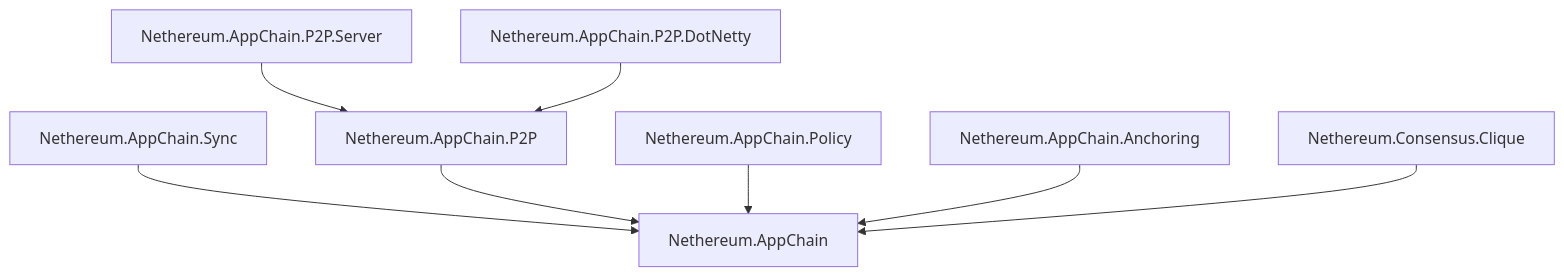
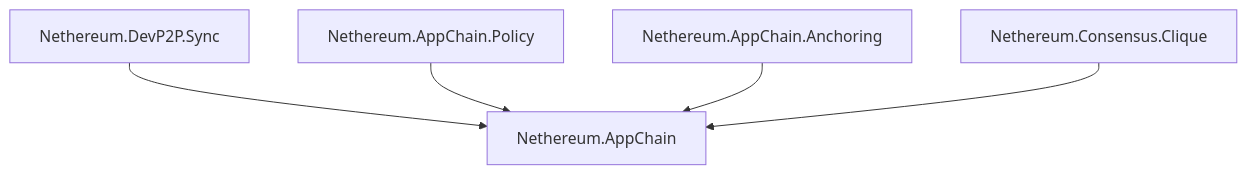
One commit to Nethereum/Nethereum.Documentation changed the tenth of 21 diagrams in docs/architecture.md. Above: the diagram before and after it, drawn with Mermaid. The commit also changed other lines of this file and 17 other files, not shown here.

First line of the commit message:
Docs 7.0: purge deleted AppChain packages, relocate new package pages

````diff
--- a/docs/architecture.md
+++ b/docs/architecture.md
@@ -214,11 +214,8 @@
 ```mermaid
 graph TD
-    Sync["Nethereum.AppChain.Sync"] --> AppChain["Nethereum.AppChain"]
-    P2PServer["Nethereum.AppChain.P2P.Server"] --> P2P["Nethereum.AppChain.P2P"]
-    P2PDotNetty["Nethereum.AppChain.P2P.DotNetty"] --> P2P
-    P2P --> AppChain
+    DevP2PSync["Nethereum.DevP2P.Sync"] --> AppChain["Nethereum.AppChain"]
 
     Policy["Nethereum.AppChain.Policy"] --> AppChain
     Anchoring["Nethereum.AppChain.Anchoring"] --> AppChain
     Clique["Nethereum.Consensus.Clique"] --> AppChain
 ```
````
